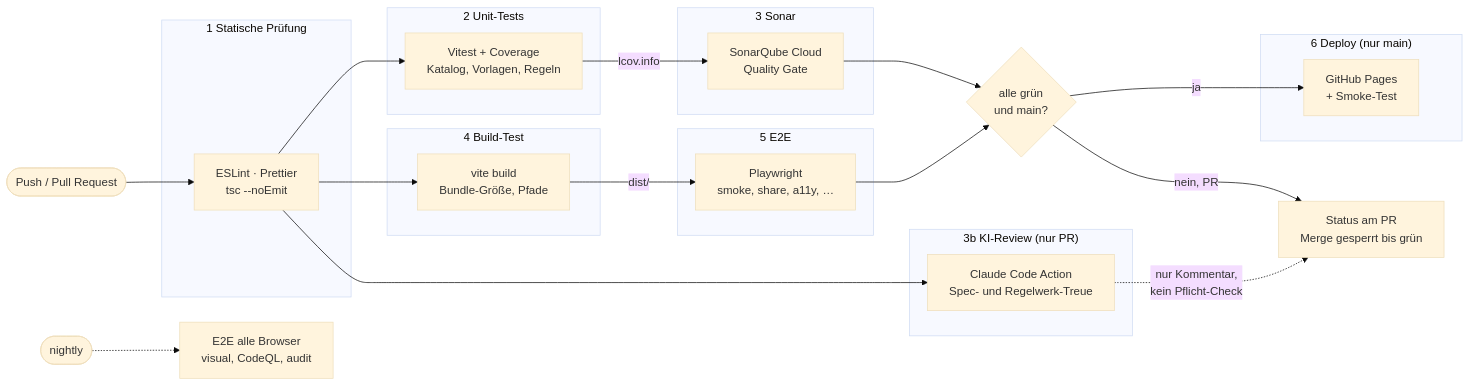
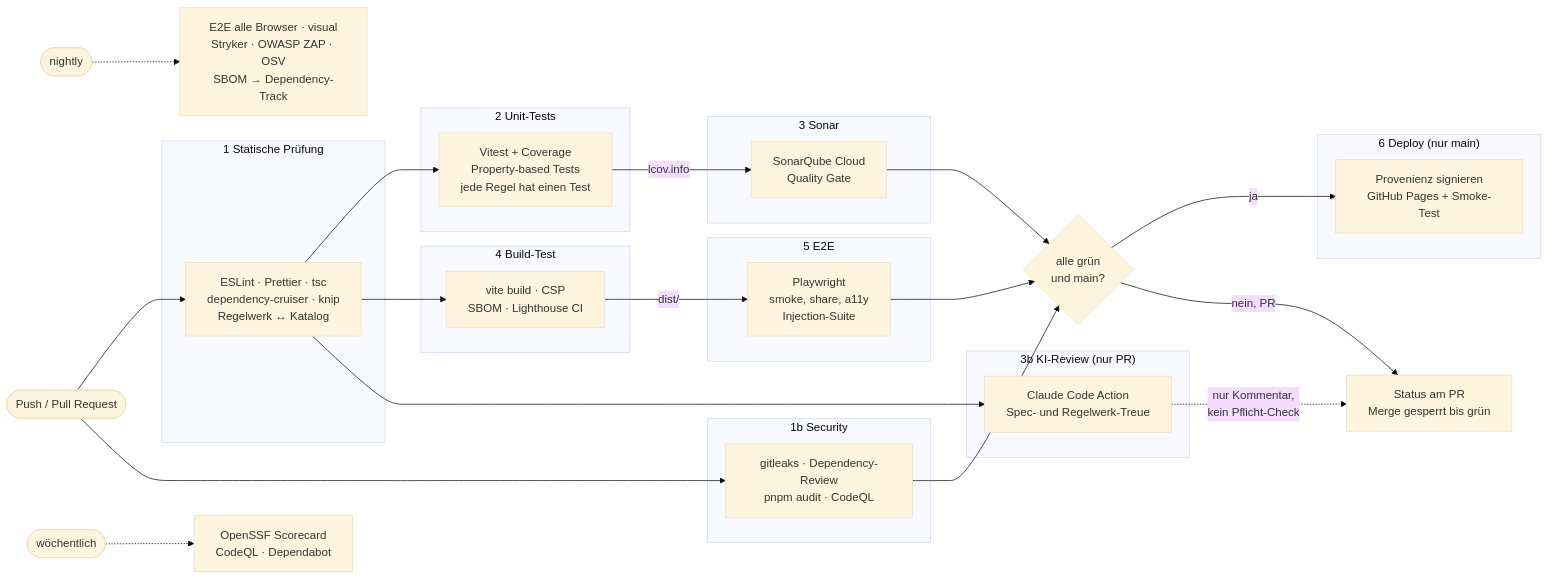
Before and after one commit to jurie2000/ti-visualizer: the fifth of 8 diagrams in specs/001-ti-visualizer-baukasten/architektur.md, drawn with Mermaid (base theme). The commit also changed 1 other file, not shown here.

Commit message:
plan.md: Codequalität, Testabdeckung und Cyber-Security
- Rückverfolgbarkeit Regel → Test → Katalog per Skript in der CI
- Property-based Tests (fast-check), Mutation-Testing (StrykerJS),
  Architekturregeln (dependency-cruiser), knip, Lighthouse CI
- strict TypeScript, erweiterte ESLint-Regelsätze, lefthook,
  commitlint, PR-Vorlage, CODEOWNERS, Kennzahlen für die Arbeit
- Security: STRIDE-Kurzmodell, SBOM mit OWASP Dependency-Track,
  Dependency-Review, gitleaks, CodeQL, OWASP ZAP, OpenSSF Scorecard,
  Injection-Suite über alle Eingabewege, CSP, CI-Härtung, SECURITY.md
- architektur.md: CI/CD-Diagramm um Security- und Qualitätsjobs ergänzt

````diff
--- a/specs/001-ti-visualizer-baukasten/architektur.md
+++ b/specs/001-ti-visualizer-baukasten/architektur.md
@@ -232,40 +232,46 @@
 ```mermaid
 flowchart LR
     trigger(["Push / Pull Request"])
 
     subgraph s1["1 Statische Prüfung"]
-        lint["ESLint · Prettier<br/>tsc --noEmit"]
+        lint["ESLint · Prettier · tsc<br/>dependency-cruiser · knip<br/>Regelwerk ↔ Katalog"]
+    end
+    subgraph s1b["1b Security"]
+        sec["gitleaks · Dependency-Review<br/>pnpm audit · CodeQL"]
     end
     subgraph s2["2 Unit-Tests"]
-        unit["Vitest + Coverage<br/>Katalog, Vorlagen, Regeln"]
+        unit["Vitest + Coverage<br/>Property-based Tests<br/>jede Regel hat einen Test"]
     end
     subgraph s3["3 Sonar"]
         sonar["SonarQube Cloud<br/>Quality Gate"]
     end
     subgraph s3b["3b KI-Review (nur PR)"]
         ai["Claude Code Action<br/>Spec- und Regelwerk-Treue"]
     end
     subgraph s4["4 Build-Test"]
-        build["vite build<br/>Bundle-Größe, Pfade"]
+        build["vite build · CSP<br/>SBOM · Lighthouse CI"]
     end
     subgraph s5["5 E2E"]
-        e2e["Playwright<br/>smoke, share, a11y, …"]
+        e2e["Playwright<br/>smoke, share, a11y<br/>Injection-Suite"]
     end
     subgraph s6["6 Deploy (nur main)"]
-        deploy["GitHub Pages<br/>+ Smoke-Test"]
+        deploy["Provenienz signieren<br/>GitHub Pages + Smoke-Test"]
     end
 
     trigger --> lint
+    trigger --> sec
+    sec --> gate
     lint --> unit
     lint --> build
     unit -- "lcov.info" --> sonar
     lint --> ai
     ai -. "nur Kommentar,<br/>kein Pflicht-Check" .-> pr
     build -- "dist/" --> e2e
     sonar --> gate{"alle grün<br/>und main?"}
     e2e --> gate
     gate -- "ja" --> deploy
     gate -- "nein, PR" --> pr["Status am PR<br/>Merge gesperrt bis grün"]
 
-    nightly(["nightly"]) -.-> full["E2E alle Browser<br/>visual, CodeQL, audit"]
+    nightly(["nightly"]) -.-> full["E2E alle Browser · visual<br/>Stryker · OWASP ZAP · OSV<br/>SBOM → Dependency-Track"]
+    weekly(["wöchentlich"]) -.-> score["OpenSSF Scorecard<br/>CodeQL · Dependabot"]
 ```
````
